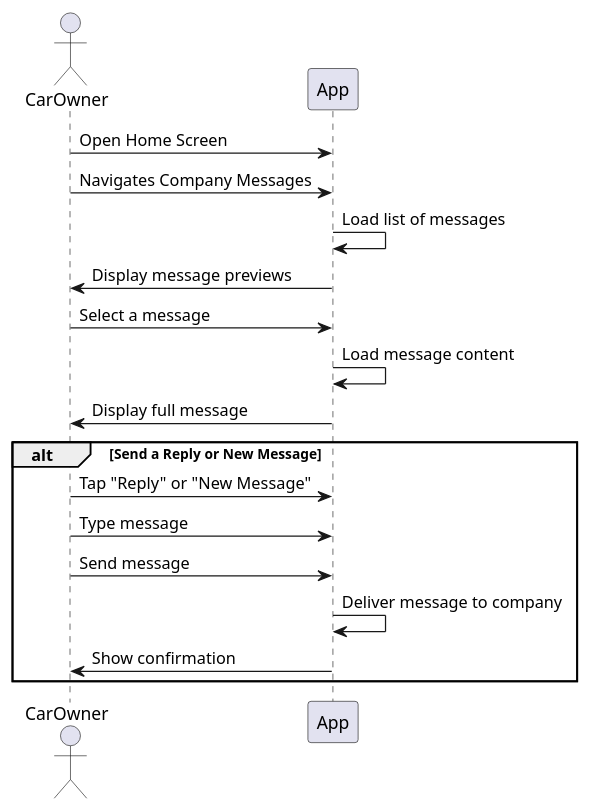
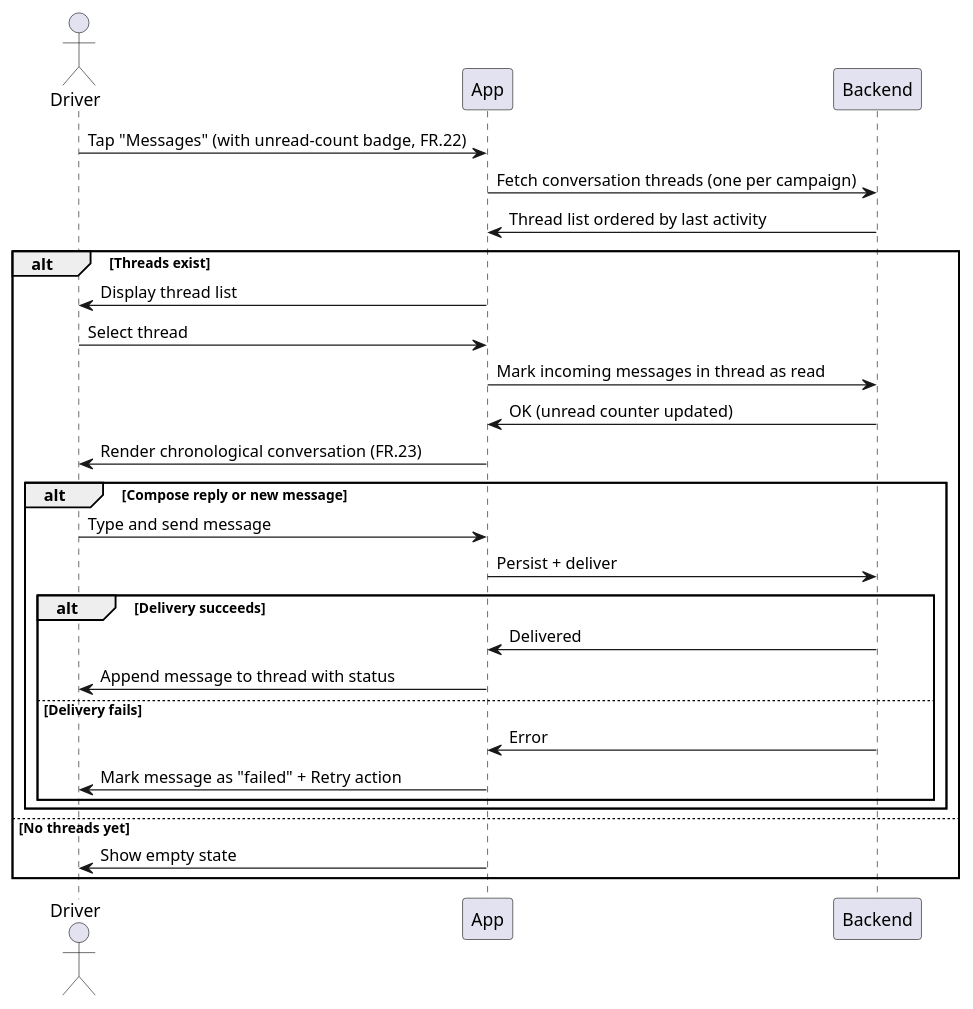
The diagram in DOCS/Usecases/User/MessageCompany/MessageCompanyDiagram.puml (TheXik/Ad-on-Wheels), drawn with PlantUML before and after one commit. The commit also changed 19 other files, not shown here.

Commit message:
docs: update puml diagrams and the svg

```diff
--- a/DOCS/Usecases/User/MessageCompany/MessageCompanyDiagram.puml
+++ b/DOCS/Usecases/User/MessageCompany/MessageCompanyDiagram.puml
@@ -1,21 +1,31 @@
 @startuml MessageCompany
-actor CarOwner
+actor Driver
 
-CarOwner -> App : Open Home Screen
-CarOwner -> App : Navigates Company Messages
-App -> App : Load list of messages
-App -> CarOwner : Display message previews
+Driver -> App : Tap "Messages" (with unread-count badge, FR.22)
+App -> Backend : Fetch conversation threads (one per campaign)
+Backend -> App : Thread list ordered by last activity
 
-CarOwner -> App : Select a message
-App -> App : Load message content
-App -> CarOwner : Display full message
+alt Threads exist
+    App -> Driver : Display thread list
+    Driver -> App : Select thread
+    App -> Backend : Mark incoming messages in thread as read
+    Backend -> App : OK (unread counter updated)
+    App -> Driver : Render chronological conversation (FR.23)
 
-alt Send a Reply or New Message
-    CarOwner -> App : Tap "Reply" or "New Message"
-    CarOwner -> App : Type message
-    CarOwner -> App : Send message
-    App -> App : Deliver message to company
-    App -> CarOwner : Show confirmation
+    alt Compose reply or new message
+        Driver -> App : Type and send message
+        App -> Backend : Persist + deliver
+        alt Delivery succeeds
+            Backend -> App : Delivered
+            App -> Driver : Append message to thread with status
+        else Delivery fails
+            Backend -> App : Error
+            App -> Driver : Mark message as "failed" + Retry action
+        end
+    end
+
+else No threads yet
+    App -> Driver : Show empty state
 end
 
 @enduml
```
